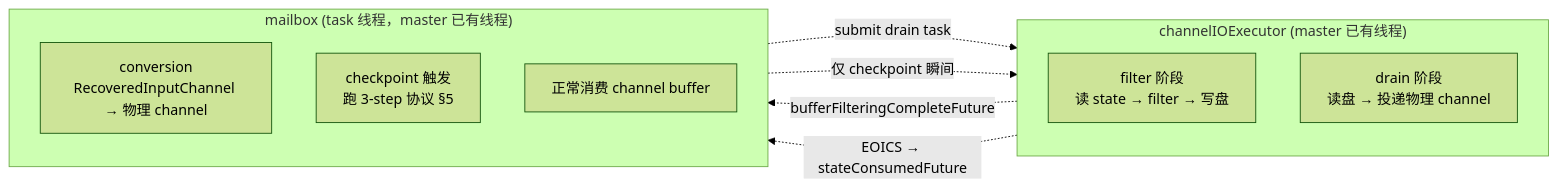
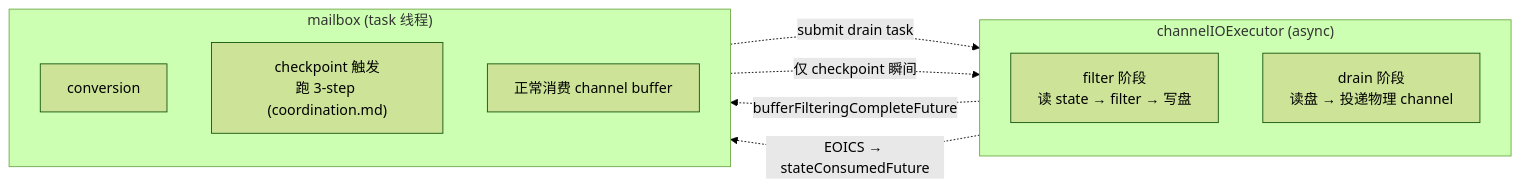
The second of 2 diagrams in requirements/38544/simplify_approach/overview.md (1996fanrui/flink), drawn with Mermaid (forest theme) before and after one commit. The commit also changed other lines of this file and 4 other files, not shown here.

````diff
--- a/requirements/38544/simplify_approach/overview.md
+++ b/requirements/38544/simplify_approach/overview.md
@@ -57,18 +63,18 @@
 ```mermaid
 flowchart LR
-    subgraph CIO["channelIOExecutor (master 已有线程)"]
+    subgraph CIO["channelIOExecutor (async)"]
       direction TB
       F["filter 阶段<br/>读 state → filter → 写盘"]
       D["drain 阶段<br/>读盘 → 投递物理 channel"]
     end
-    subgraph MB["mailbox (task 线程，master 已有线程)"]
+    subgraph MB["mailbox (task 线程)"]
       direction TB
-      C["conversion<br/>RecoveredInputChannel → 物理 channel"]
-      CP["checkpoint 触发<br/>跑 3-step 协议 §5"]
+      C["conversion"]
+      CP["checkpoint 触发<br/>跑 3-step (coordination.md)"]
       CN["正常消费 channel buffer"]
     end
     F -.->|bufferFilteringCompleteFuture| C
     C -.->|submit drain task| D
     D -.->|EOICS → stateConsumedFuture| CN
     CP -.->|仅 checkpoint 瞬间| CIO
 ```
````
